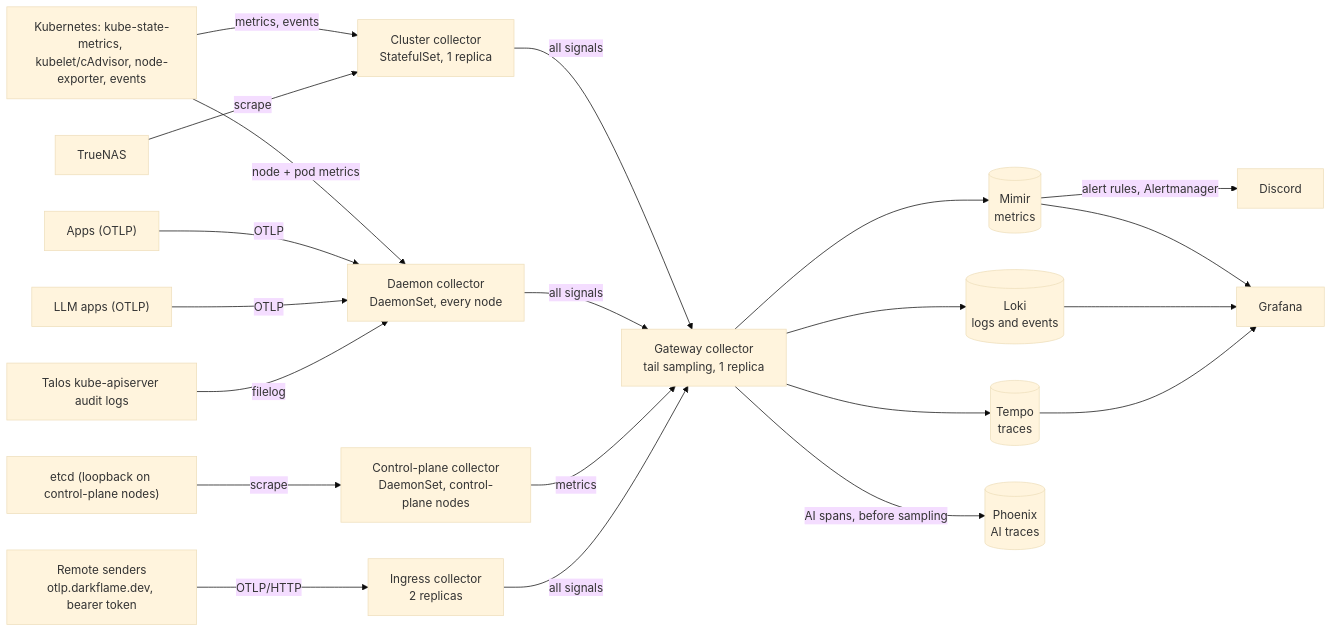
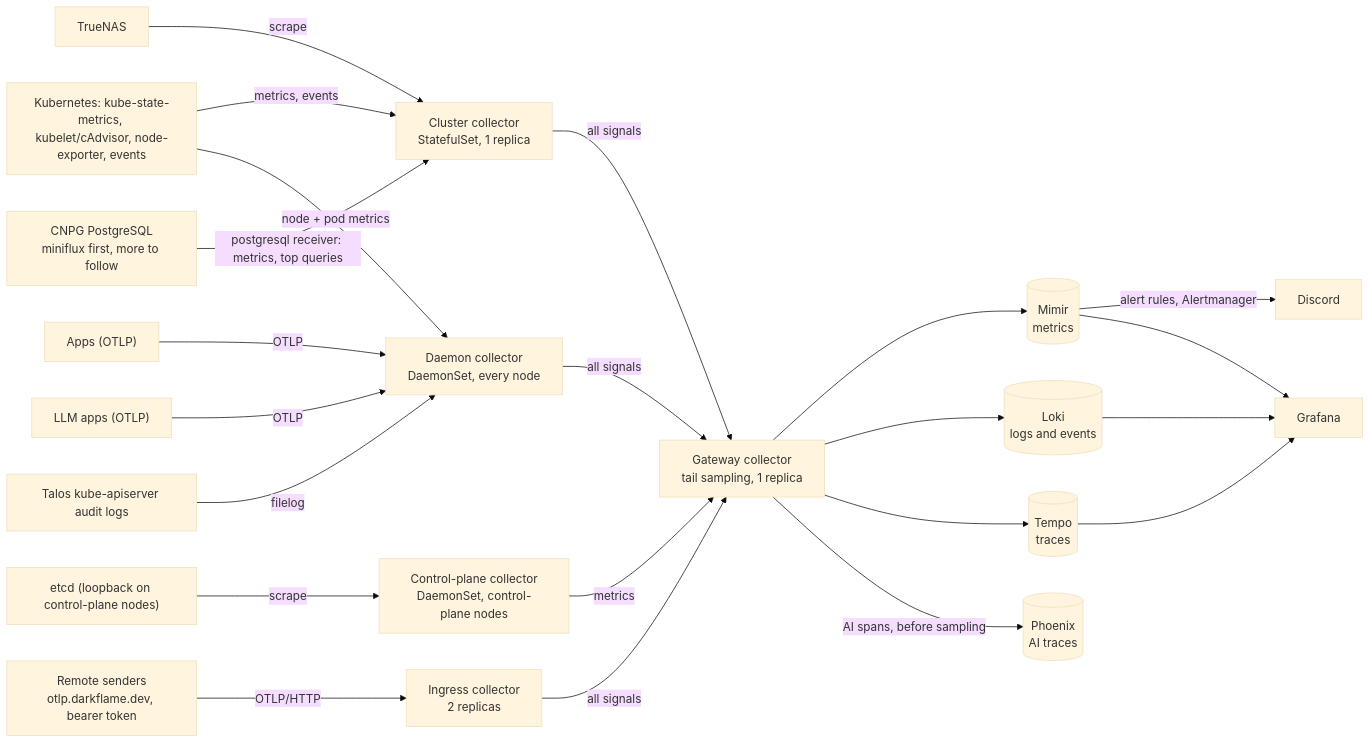
One commit to Darkflame72/home-ops changed the diagram in docs/observability.md. Above: the diagram before and after it, drawn with Mermaid (base theme). The commit also changed other lines of this file and 4 other files, not shown here.

First line of the commit message:
feat(observability): collect CNPG PostgreSQL metrics and top queries

````diff
--- a/docs/observability.md
+++ b/docs/observability.md
@@ -10,47 +10,49 @@
 ```mermaid
 flowchart LR
     K8S["Kubernetes: kube-state-metrics, kubelet/cAdvisor, node-exporter, events"]
     APPS["Apps (OTLP)"]
     LLM["LLM apps (OTLP)"]
     AUDIT["Talos kube-apiserver audit logs"]
     NAS["TrueNAS"]
+    PG["CNPG PostgreSQL<br/>miniflux first, more to follow"]
     ETCD["etcd (loopback on control-plane nodes)"]
     REMOTE["Remote senders<br/>otlp.darkflame.dev, bearer token"]
 
     CC["Cluster collector<br/>StatefulSet, 1 replica"]
     DC["Daemon collector<br/>DaemonSet, every node"]
     CPC["Control-plane collector<br/>DaemonSet, control-plane nodes"]
     IC["Ingress collector<br/>2 replicas"]
     GC["Gateway collector<br/>tail sampling, 1 replica"]
 
     MIMIR[(Mimir<br/>metrics)]
     LOKI[(Loki<br/>logs and events)]
     TEMPO[(Tempo<br/>traces)]
     PHX[(Phoenix<br/>AI traces)]
     GRAF["Grafana"]
     DISCORD["Discord"]
 
     K8S -->|metrics, events| CC
     K8S -->|node + pod metrics| DC
     NAS -->|scrape| CC
+    PG -->|postgresql receiver: metrics, top queries| CC
     APPS -->|OTLP| DC
     LLM -->|OTLP| DC
     AUDIT -->|filelog| DC
     ETCD -->|scrape| CPC
     REMOTE -->|OTLP/HTTP| IC
 
     CC -->|all signals| GC
     DC -->|all signals| GC
     CPC -->|metrics| GC
     IC -->|all signals| GC
 
     GC --> MIMIR
     GC --> LOKI
     GC --> TEMPO
     GC -->|AI spans, before sampling| PHX
 
     MIMIR -->|alert rules, Alertmanager| DISCORD
     MIMIR --> GRAF
     LOKI --> GRAF
     TEMPO --> GRAF
 ```
````
